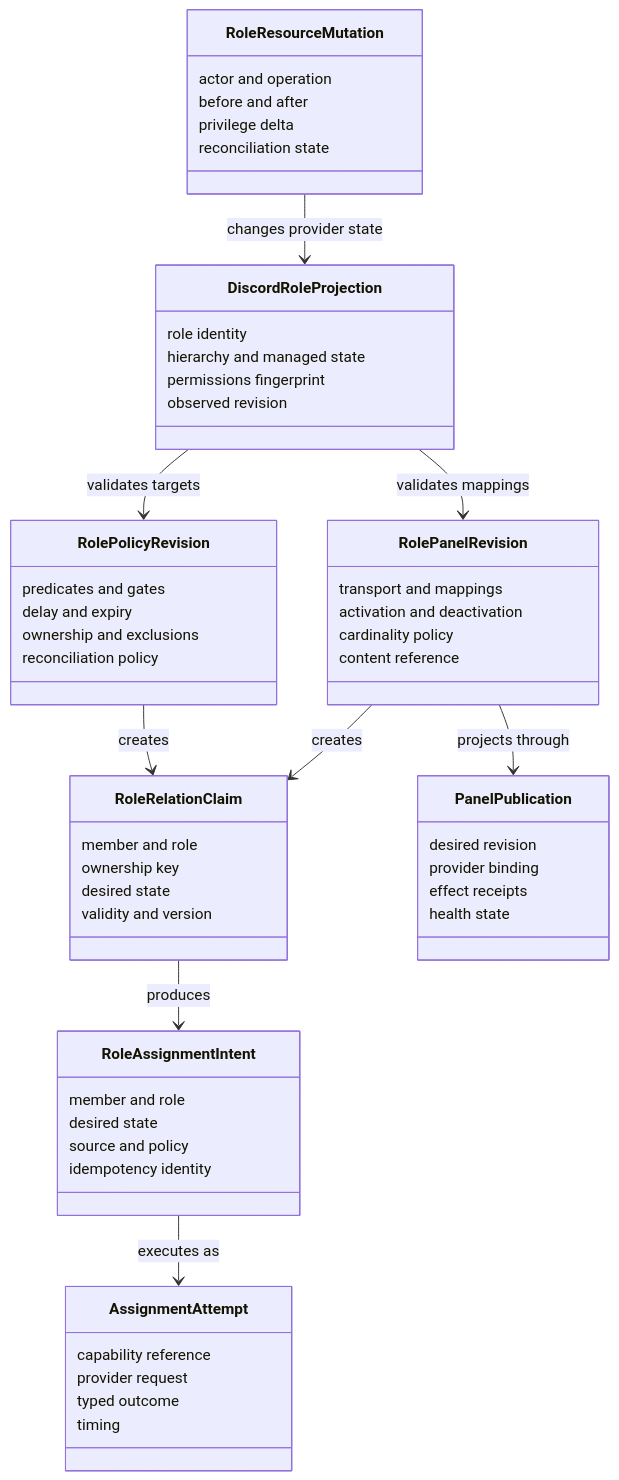
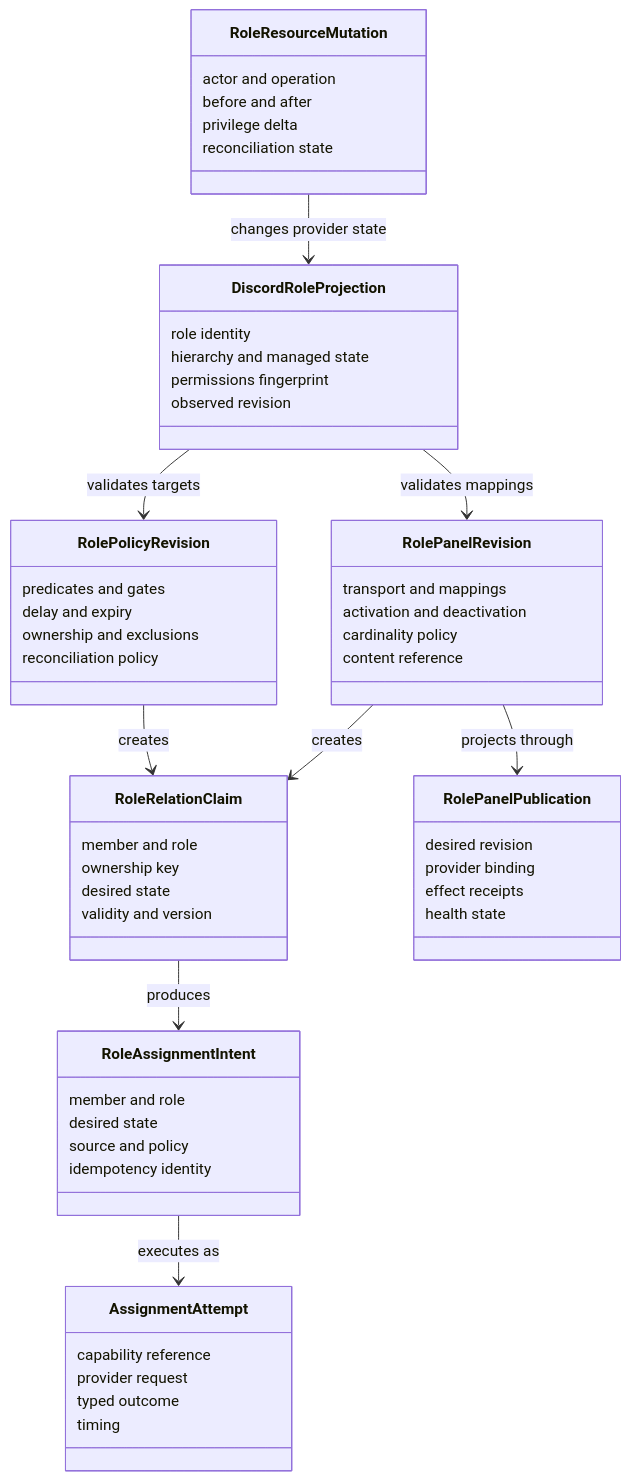
The fourth of 10 diagrams in docs/architecture/06-domain-relationships.md (obsidia-systems/Discord-Bot-Open-Source), drawn with Mermaid before and after one commit. The commit also changed other lines of this file and 27 other files, not shown here.

First line of the commit message:
feat(architecture): add comprehensive architecture review documentation

````diff
--- a/docs/architecture/06-domain-relationships.md
+++ b/docs/architecture/06-domain-relationships.md
@@ -209,67 +218,67 @@
 ```mermaid
 classDiagram
     class RolePolicyRevision {
         predicates and gates
         delay and expiry
         ownership and exclusions
         reconciliation policy
     }
 
     class RolePanelRevision {
         transport and mappings
         activation and deactivation
         cardinality policy
         content reference
     }
 
     class RoleAssignmentIntent {
         member and role
         desired state
         source and policy
         idempotency identity
     }
 
     class RoleRelationClaim {
         member and role
         ownership key
         desired state
         validity and version
     }
 
     class AssignmentAttempt {
         capability reference
         provider request
         typed outcome
         timing
     }
 
-    class PanelPublication {
+    class RolePanelPublication {
         desired revision
         provider binding
         effect receipts
         health state
     }
 
     class RoleResourceMutation {
         actor and operation
         before and after
         privilege delta
         reconciliation state
     }
 
     class DiscordRoleProjection {
         role identity
         hierarchy and managed state
         permissions fingerprint
         observed revision
     }
 
     RolePolicyRevision --> RoleRelationClaim : creates
     RolePanelRevision --> RoleRelationClaim : creates
     RoleRelationClaim --> RoleAssignmentIntent : produces
     RoleAssignmentIntent --> AssignmentAttempt : executes as
-    RolePanelRevision --> PanelPublication : projects through
+    RolePanelRevision --> RolePanelPublication : projects through
     RoleResourceMutation --> DiscordRoleProjection : changes provider state
     DiscordRoleProjection --> RolePolicyRevision : validates targets
     DiscordRoleProjection --> RolePanelRevision : validates mappings
 ```
````
